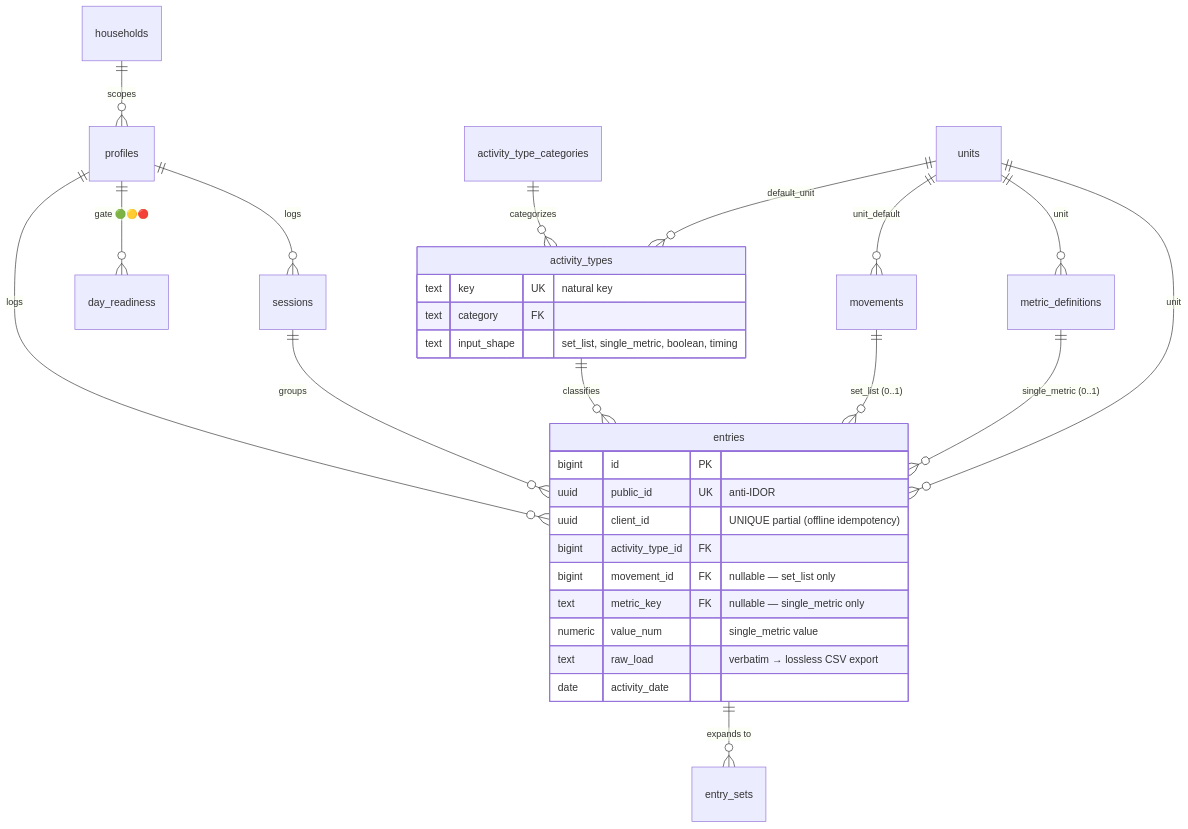
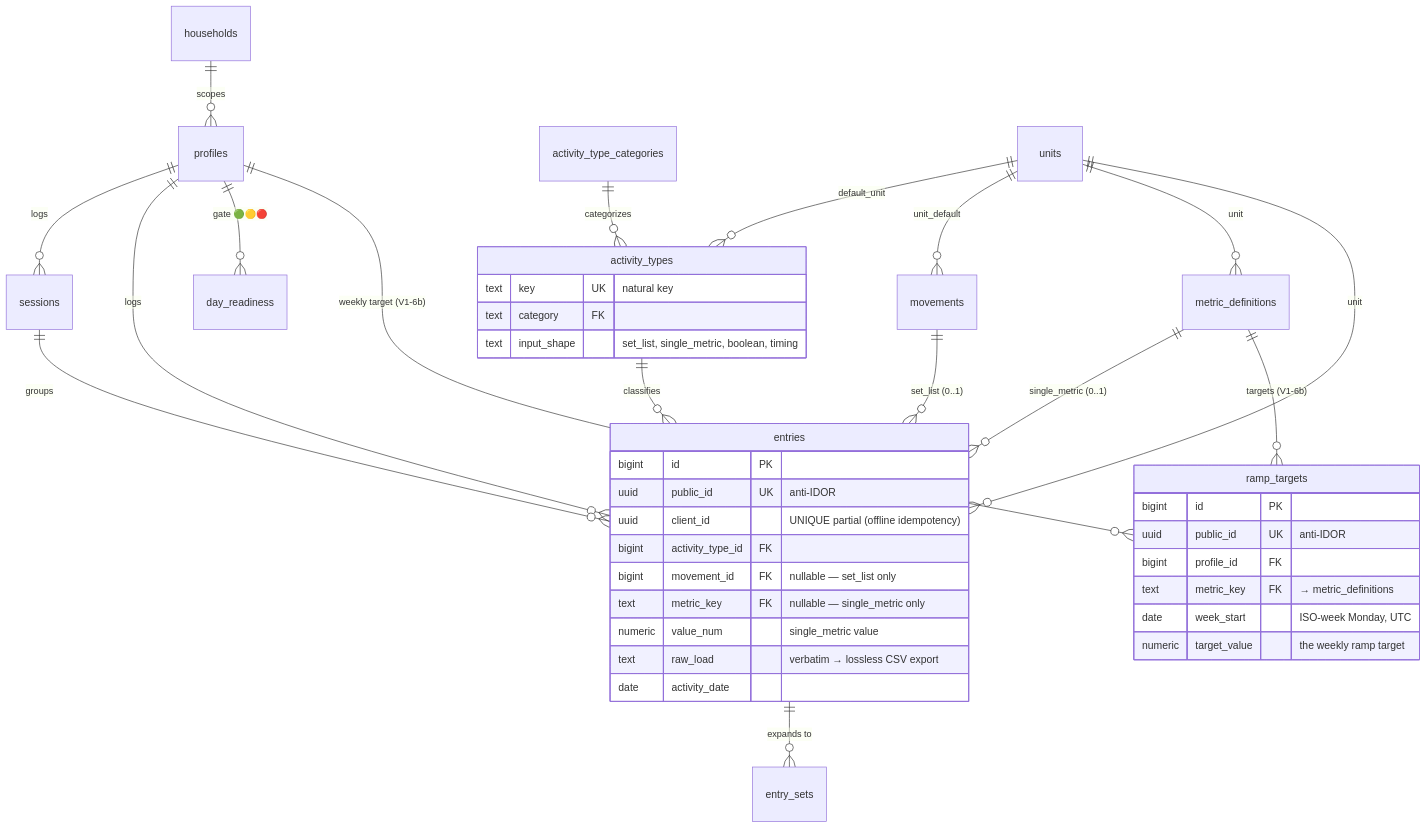
Before and after one commit to ralamode/mat-plan: the sixth of 10 diagrams in docs/architecture.md, drawn with Mermaid. The commit also changed other lines of this file and 14 other files, not shown here.

````diff
--- a/docs/architecture.md
+++ b/docs/architecture.md
@@ -139,34 +139,44 @@
 ```mermaid
 erDiagram
   households ||--o{ profiles : "scopes"
   profiles ||--o{ sessions : "logs"
   profiles ||--o{ entries : "logs"
   profiles ||--o{ day_readiness : "gate 🟢🟡🔴"
+  profiles ||--o{ ramp_targets : "weekly target (V1-6b)"
   sessions ||--o{ entries : "groups"
   entries ||--o{ entry_sets : "expands to"
   activity_type_categories ||--o{ activity_types : "categorizes"
   activity_types ||--o{ entries : "classifies"
   movements ||--o{ entries : "set_list (0..1)"
   metric_definitions ||--o{ entries : "single_metric (0..1)"
+  metric_definitions ||--o{ ramp_targets : "targets (V1-6b)"
   units ||--o{ activity_types : "default_unit"
   units ||--o{ movements : "unit_default"
   units ||--o{ metric_definitions : "unit"
   units ||--o{ entries : "unit"
 
   entries {
     bigint id PK
     uuid public_id UK "anti-IDOR"
     uuid client_id "UNIQUE partial (offline idempotency)"
     bigint activity_type_id FK
     bigint movement_id FK "nullable — set_list only"
     text metric_key FK "nullable — single_metric only"
     numeric value_num "single_metric value"
     text raw_load "verbatim → lossless CSV export"
     date activity_date
   }
   activity_types {
     text key UK "natural key"
     text category FK
     text input_shape "set_list, single_metric, boolean, timing"
   }
+  ramp_targets {
+    bigint id PK
+    uuid public_id UK "anti-IDOR"
+    bigint profile_id FK
+    text metric_key FK "→ metric_definitions"
+    date week_start "ISO-week Monday, UTC"
+    numeric target_value "the weekly ramp target"
+  }
 ```
````
